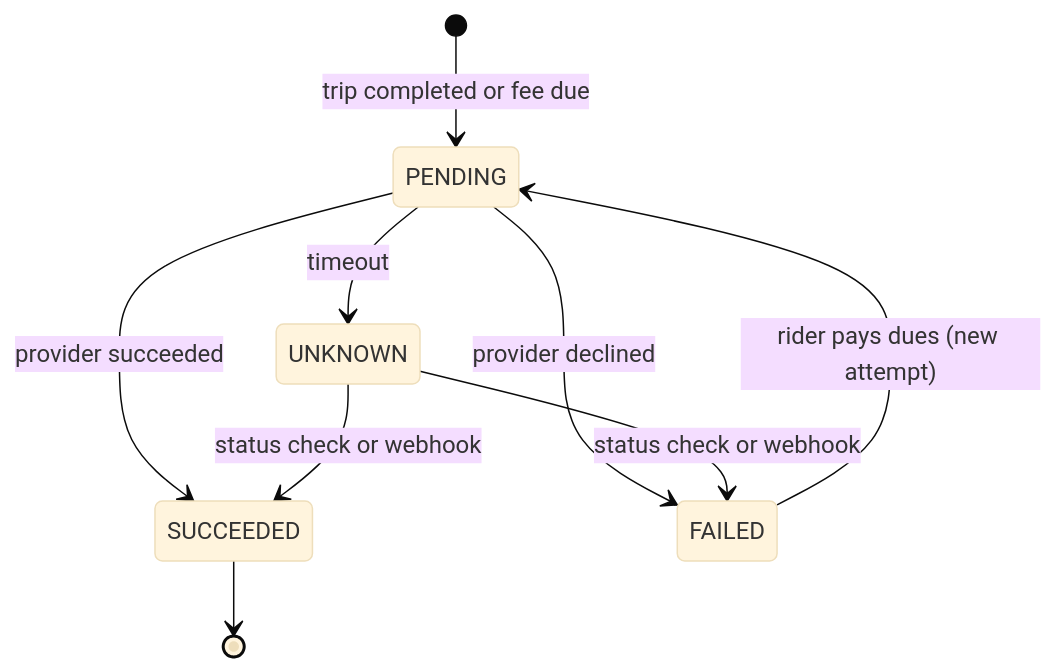
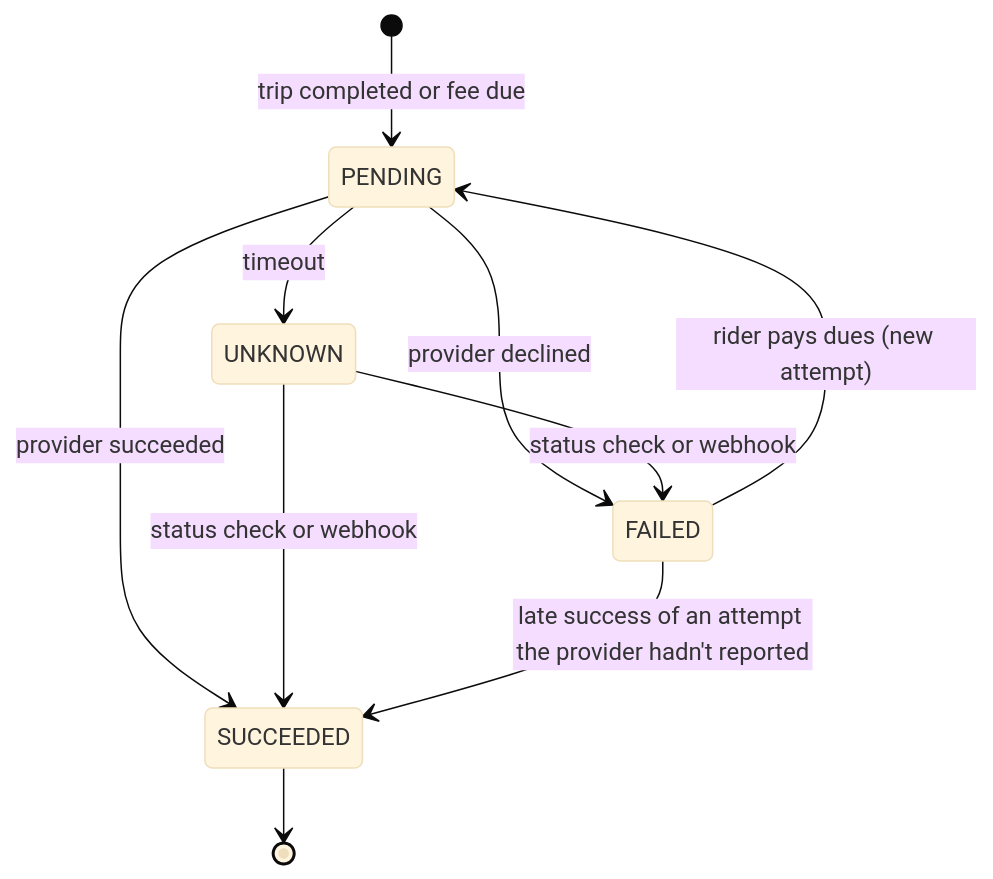
The second of 2 diagrams in docs/ride-lifecycle.md (Deepika-1201/ride-hailing-platform), drawn with Mermaid (base theme) before and after one commit. The commit also changed other lines of this file and 66 other files, not shown here.

````diff
--- a/docs/ride-lifecycle.md
+++ b/docs/ride-lifecycle.md
@@ -110,11 +110,12 @@
 ```mermaid
 stateDiagram-v2
     [*] --> PENDING: trip completed or fee due
     PENDING --> SUCCEEDED: provider succeeded
     PENDING --> FAILED: provider declined
     PENDING --> UNKNOWN: timeout
     UNKNOWN --> SUCCEEDED: status check or webhook
     UNKNOWN --> FAILED: status check or webhook
     FAILED --> PENDING: rider pays dues (new attempt)
+    FAILED --> SUCCEEDED: late success of an attempt the provider hadn't reported
     SUCCEEDED --> [*]
 ```
````
